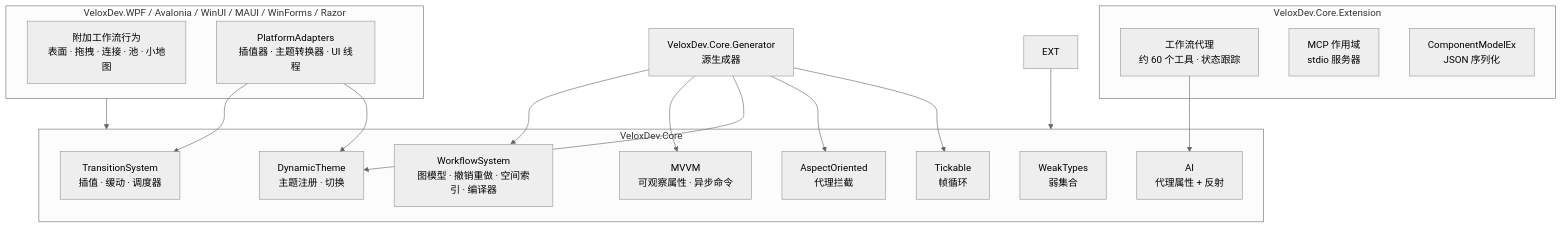
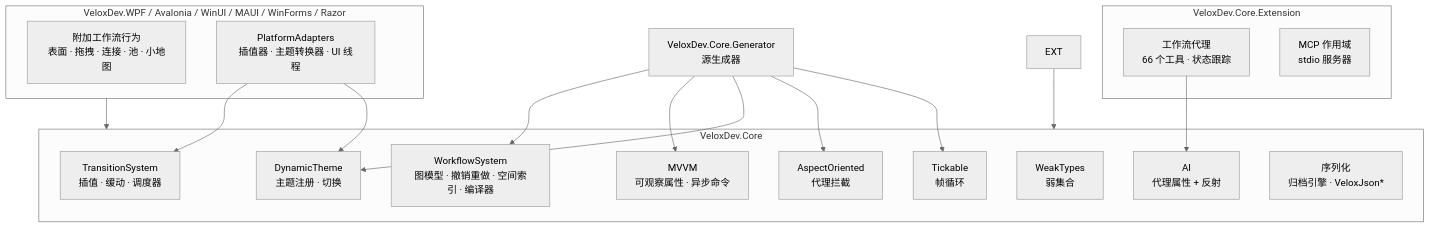
The diagram in src/CloudGlyph/Assets/Docs/content/zh/3_SE分析/01_功能结构/index.md (Axvser/VeloxDev.Docs), drawn with Mermaid (neutral theme) before and after one commit. The commit also changed other lines of this file and 79 other files, not shown here.

````diff
--- a/src/CloudGlyph/Assets/Docs/content/zh/3_SE分析/01_功能结构/index.md
+++ b/src/CloudGlyph/Assets/Docs/content/zh/3_SE分析/01_功能结构/index.md
@@ -21,32 +22,32 @@
 ```mermaid
 flowchart TD
     subgraph Core [VeloxDev.Core]
         WF[WorkflowSystem<br/>图模型 · 撤销重做 · 空间索引 · 编译器]
         MV[MVVM<br/>可观察属性 · 异步命令]
         TR[TransitionSystem<br/>插值 · 缓动 · 调度器]
         TH[DynamicTheme<br/>主题注册 · 切换]
         AOP[AspectOriented<br/>代理拦截]
         MB[Tickable<br/>帧循环]
         WT[WeakTypes<br/>弱集合]
         AI[AI<br/>代理属性 + 反射]
+        SER[序列化<br/>归档引擎 · VeloxJson*]
     end
     subgraph Ext [VeloxDev.Core.Extension]
-        AGT[工作流代理<br/>约 60 个工具 · 状态跟踪]
+        AGT[工作流代理<br/>66 个工具 · 状态跟踪]
         MCP[MCP 作用域<br/>stdio 服务器]
-        SER[ComponentModelEx<br/>JSON 序列化]
     end
     subgraph Adapters [VeloxDev.WPF / Avalonia / WinUI / MAUI / WinForms / Razor]
         AB[附加工作流行为<br/>表面 · 拖拽 · 连接 · 池 · 小地图]
         PA[PlatformAdapters<br/>插值器 · 主题转换器 · UI 线程]
     end
     GEN[VeloxDev.Core.Generator<br/>源生成器] --> WF
     GEN --> MV
     GEN --> TH
     GEN --> AOP
     GEN --> MB
     EXT --> Core
     AGT --> AI
     Adapters --> Core
     PA --> TR
     PA --> TH
 ```
````
